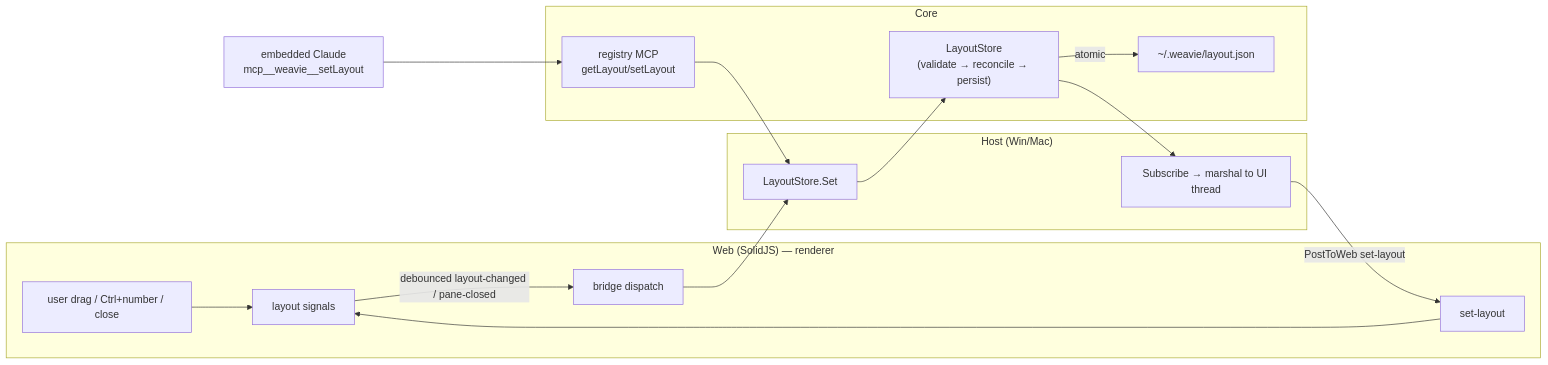
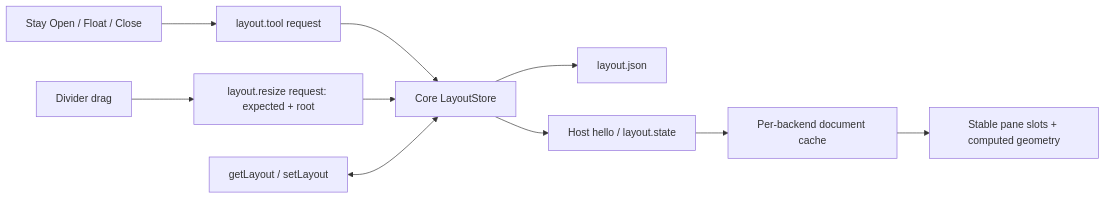
The diagram in docs/specs/layout.md (Kapps/weavie), drawn with Mermaid before and after one commit. The commit also changed other lines of this file and 37 other files, not shown here.

````diff
--- a/docs/specs/layout.md
+++ b/docs/specs/layout.md
@@ -42,19 +14,12 @@
 ```mermaid
 flowchart LR
-    subgraph web["Web (SolidJS) — renderer"]
-      U["user drag / Ctrl+number / close"] --> WS["layout signals"]
-      WS -- "debounced layout-changed / pane-closed" --> HB
-      SL["set-layout"] --> WS
-    end
-    subgraph host["Host (Win/Mac)"]
-      HB["bridge dispatch"] --> LSctl["LayoutStore.Set"]
-      LSsub["Subscribe → marshal to UI thread"] -- "PostToWeb set-layout" --> SL
-    end
-    subgraph core["Core"]
-      LSctl --> LS["LayoutStore<br/>(validate → reconcile → persist)"]
-      LS --> LSsub
-      MCP["registry MCP<br/>getLayout/setLayout"] --> LSctl
-      LS -- atomic --> FILE["~/.weavie/layout.json"]
-    end
-    Claude["embedded Claude<br/>mcp__weavie__setLayout"] --> MCP
+    Tool["Stay Open / Float / Close"] --> Mutation["layout.tool request"]
+    Drag["Divider drag"] --> Resize["layout.resize request: expected + root"]
+    Mutation --> Store["Core LayoutStore"]
+    Resize --> Store
+    MCP["getLayout / setLayout"] <--> Store
+    Store --> Disk["layout.json"]
+    Store --> State["Host hello / layout.state"]
+    State --> Cache["Per-backend document cache"]
+    Cache --> Slots["Stable pane slots + computed geometry"]
 ```
````
